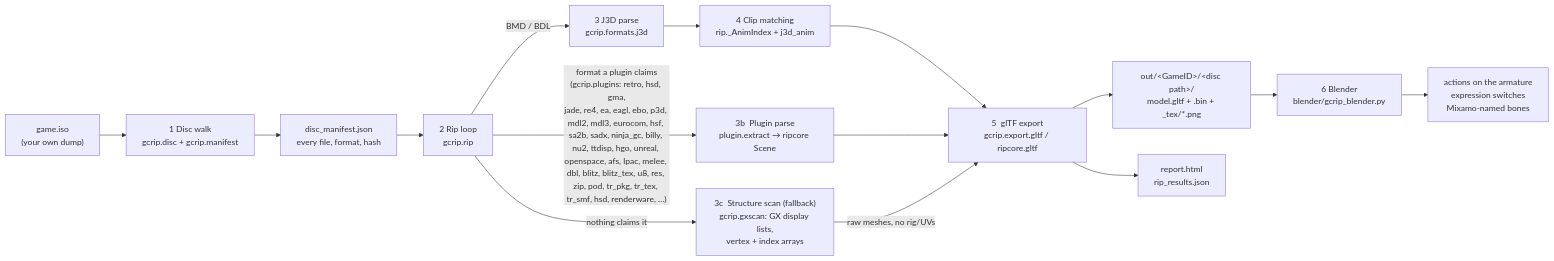
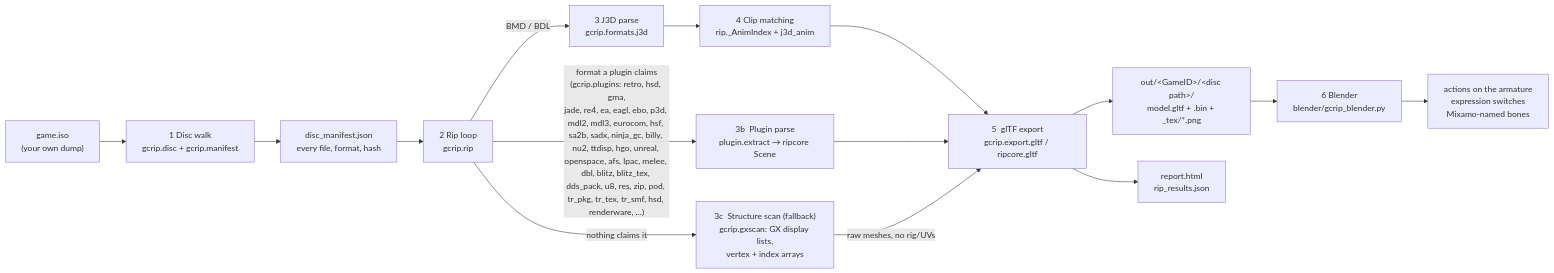
The first of 9 diagrams in docs/PIPELINE.md (Felbs/3d-ripper-9000), drawn with Mermaid before and after one commit. The commit also changed 5 other files, not shown here.

First line of the commit message:
gcrip dds_pack: Home Run King's texture packs - GX CMPR behind a big-endian DDS header

````diff
--- a/docs/PIPELINE.md
+++ b/docs/PIPELINE.md
@@ -11,17 +11,17 @@
 ```mermaid
 flowchart LR
     ISO["game.iso<br/>(your own dump)"] --> WALK["1  Disc walk<br/>gcrip.disc + gcrip.manifest"]
     WALK --> MAN["disc_manifest.json<br/>every file, format, hash"]
     MAN --> RIP["2  Rip loop<br/>gcrip.rip"]
     RIP -->|"BMD / BDL"| J3D["3  J3D parse<br/>gcrip.formats.j3d"]
-    RIP -->|"format a plugin claims<br/>(gcrip.plugins: retro, hsd, gma,<br/>jade, re4, ea, eagl, ebo, p3d, mdl2, mdl3, eurocom, hsf, sa2b, sadx, ninja_gc, billy, nu2, ttdisp, hgo, unreal, openspace, afs, lpac, melee, dbl, blitz, blitz_tex, u8, res, zip, pod, tr_pkg, tr_tex, tr_smf, hsd, renderware, …)"| PLUG["3b  Plugin parse<br/>plugin.extract → ripcore Scene"]
+    RIP -->|"format a plugin claims<br/>(gcrip.plugins: retro, hsd, gma,<br/>jade, re4, ea, eagl, ebo, p3d, mdl2, mdl3, eurocom, hsf, sa2b, sadx, ninja_gc, billy, nu2, ttdisp, hgo, unreal, openspace, afs, lpac, melee, dbl, blitz, blitz_tex, dds_pack, u8, res, zip, pod, tr_pkg, tr_tex, tr_smf, hsd, renderware, …)"| PLUG["3b  Plugin parse<br/>plugin.extract → ripcore Scene"]
     RIP -->|"nothing claims it"| GX["3c  Structure scan (fallback)<br/>gcrip.gxscan: GX display lists,<br/>vertex + index arrays"]
     J3D --> ANIM["4  Clip matching<br/>rip._AnimIndex + j3d_anim"]
     ANIM --> GLTF["5  glTF export<br/>gcrip.export.gltf / ripcore.gltf"]
     PLUG --> GLTF
     GX -->|"raw meshes, no rig/UVs"| GLTF
     GLTF --> OUT["out/&lt;GameID&gt;/&lt;disc path&gt;/<br/>model.gltf + .bin + _tex/*.png"]
     GLTF --> REP["report.html<br/>rip_results.json"]
     OUT --> BL["6  Blender<br/>blender/gcrip_blender.py"]
     BL --> PLAY["actions on the armature<br/>expression switches<br/>Mixamo-named bones"]
 ```
````
